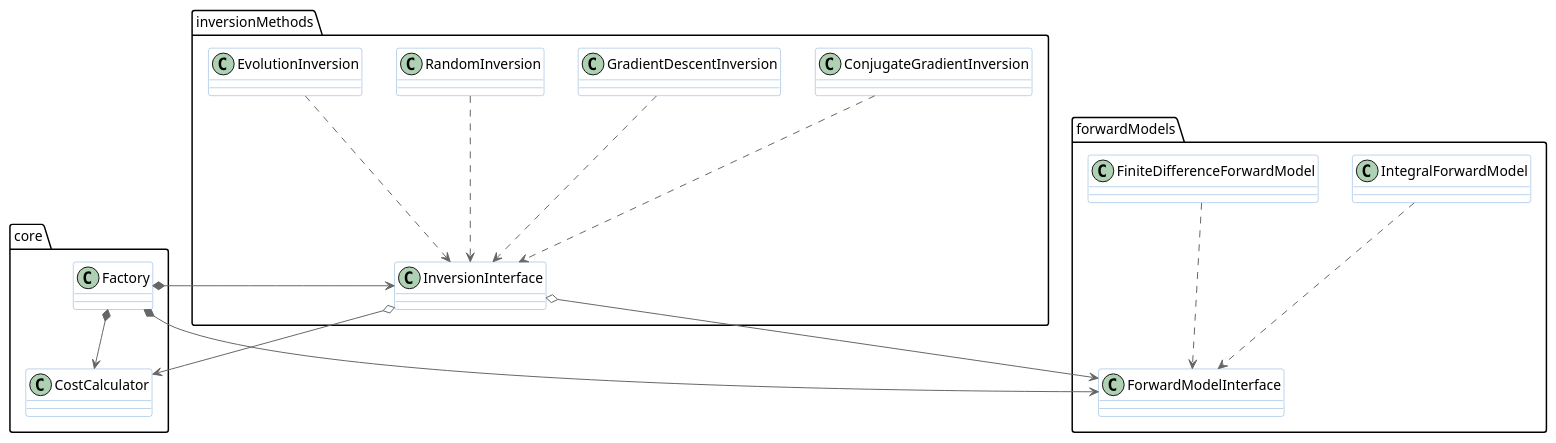
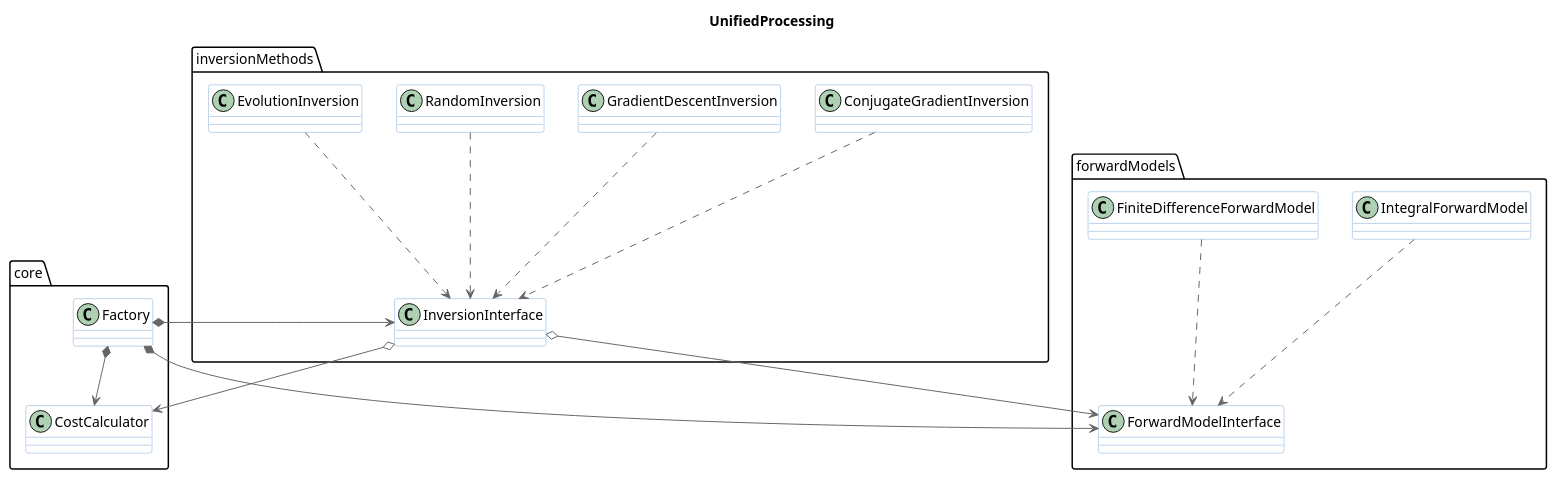
Before and after one commit to ssathyadevan/fwi: the diagram in doc/diagrams/UnifiedProcessing.plantuml, drawn with PlantUML. The commit also changed 4 other files, not shown here.

Commit message:
Diagram fixes

```diff
--- a/doc/diagrams/UnifiedProcessing.plantuml
+++ b/doc/diagrams/UnifiedProcessing.plantuml
@@ -2,41 +2,43 @@
 @startuml UnifiedProcessing
 !includeurl https://raw.githubusercontent.com/RicardoNiepel/C4-PlantUML/release/1-0/C4_Component.puml
 
 skinparam class {
     StereotypeFontColor ELEMENT_FONT_COLOR
     FontColor #000000
     BackgroundColor COMPONENT_BG_COLOR
     BorderColor #78A8D8
 }
+
+title UnifiedProcessing
 
 set namespaceSeparator ::
 
 class core::Factory
 class core::CostCalculator
 
 class forwardModels::ForwardModelInterface
 class forwardModels::IntegralForwardModel
 class forwardModels::FiniteDifferenceForwardModel
 
 class inversionMethods::InversionInterface
 class inversionMethods::ConjugateGradientInversion
 class inversionMethods::GradientDescentInversion
 class inversionMethods::RandomInversion
 class inversionMethods::EvolutionInversion
 
 
 core::Factory *--> inversionMethods::InversionInterface
 core::Factory *--> forwardModels::ForwardModelInterface
 core::Factory *--> core::CostCalculator
 
 forwardModels::IntegralForwardModel .--> forwardModels::ForwardModelInterface
 forwardModels::FiniteDifferenceForwardModel .--> forwardModels::ForwardModelInterface
 
 inversionMethods::InversionInterface o--> core::CostCalculator
 inversionMethods::InversionInterface o--> forwardModels::ForwardModelInterface
 
 inversionMethods::ConjugateGradientInversion .--> inversionMethods::InversionInterface
 inversionMethods::GradientDescentInversion .--> inversionMethods::InversionInterface
 inversionMethods::RandomInversion .--> inversionMethods::InversionInterface
 inversionMethods::EvolutionInversion .--> inversionMethods::InversionInterface
 @enduml
```
